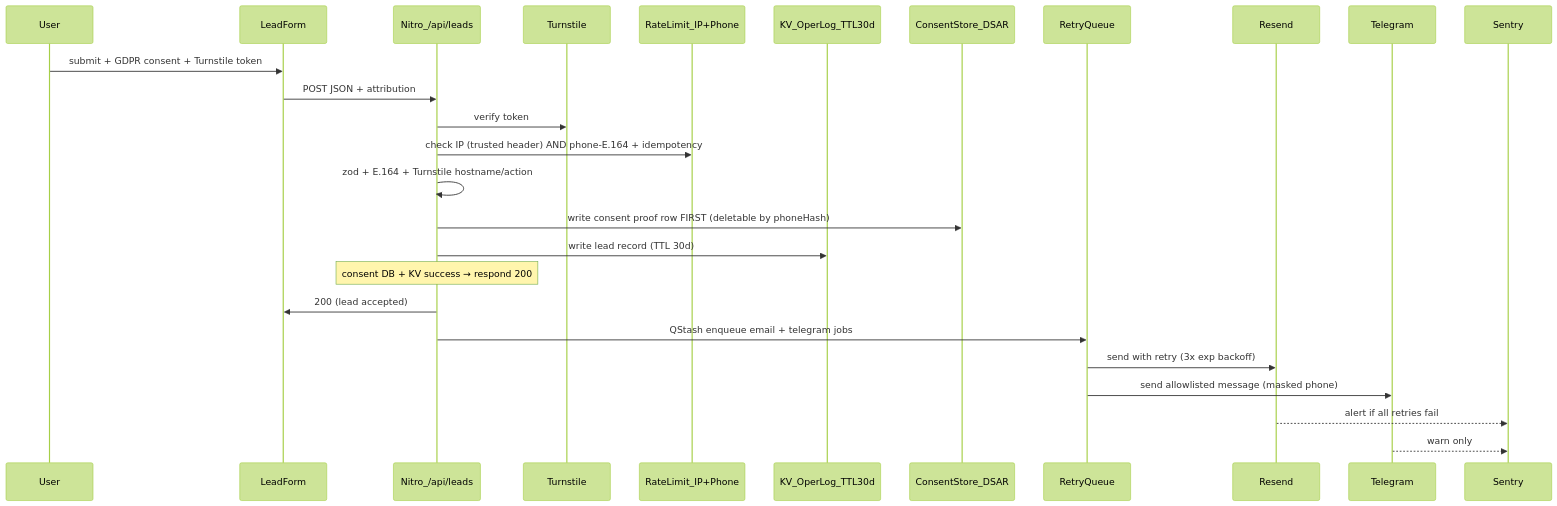
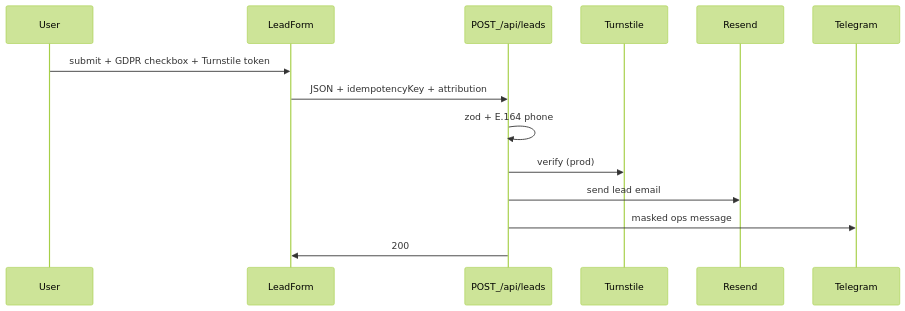
Before and after one commit to manhengest/easy-west: the second of 2 diagrams in .cursor/plans/easy_west_architecture_47acd201.plan.md, drawn with Mermaid (forest theme). The commit also changed other lines of this file and 12 other files, not shown here.

````diff
--- a/.cursor/plans/easy_west_architecture_47acd201.plan.md
+++ b/.cursor/plans/easy_west_architecture_47acd201.plan.md
@@ -529,29 +182,17 @@
 ```mermaid
 sequenceDiagram
   participant User
   participant Form as LeadForm
-  participant API as Nitro_/api/leads
+  participant API as POST_/api/leads
   participant TS as Turnstile
-  participant RL as RateLimit_IP+Phone
-  participant KV as KV_OperLog_TTL30d
-  participant DB as ConsentStore_DSAR
-  participant Q as RetryQueue
   participant Mail as Resend
   participant TG as Telegram
-  participant Sentry
 
-  User->>Form: submit + GDPR consent + Turnstile token
-  Form->>API: POST JSON + attribution
-  API->>TS: verify token
-  API->>RL: check IP (trusted header) AND phone-E.164 + idempotency
-  API->>API: zod + E.164 + Turnstile hostname/action
-  API->>DB: write consent proof row FIRST (deletable by phoneHash)
-  API->>KV: write lead record (TTL 30d)
-  Note over API: consent DB + KV success → respond 200
-  API->>Form: 200 (lead accepted)
-  API->>Q: QStash enqueue email + telegram jobs
-  Q->>Mail: send with retry (3x exp backoff)
-  Q->>TG: send allowlisted message (masked phone)
-  Mail-->>Sentry: alert if all retries fail
-  TG-->>Sentry: warn only
+  User->>Form: submit + GDPR checkbox + Turnstile token
+  Form->>API: JSON + idempotencyKey + attribution
+  API->>API: zod + E.164 phone
+  API->>TS: verify (prod)
+  API->>Mail: send lead email
+  API->>TG: masked ops message
+  API->>Form: 200
 ```
````
